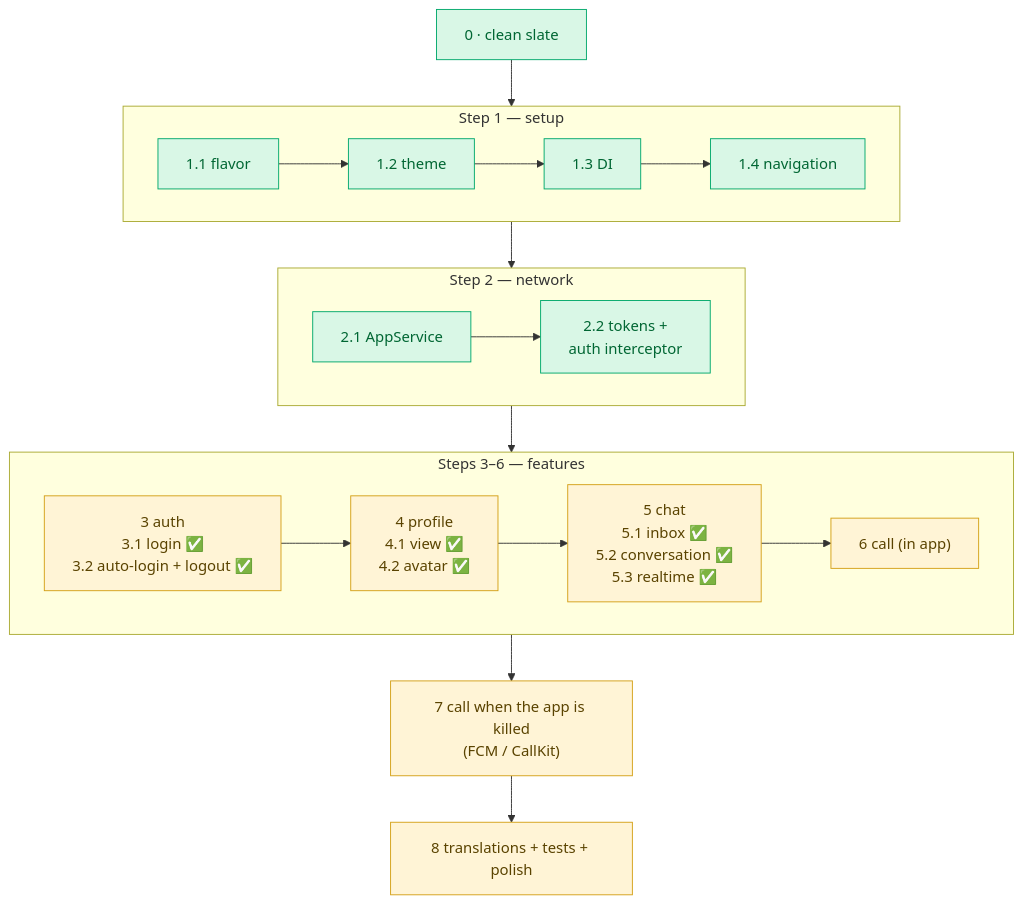
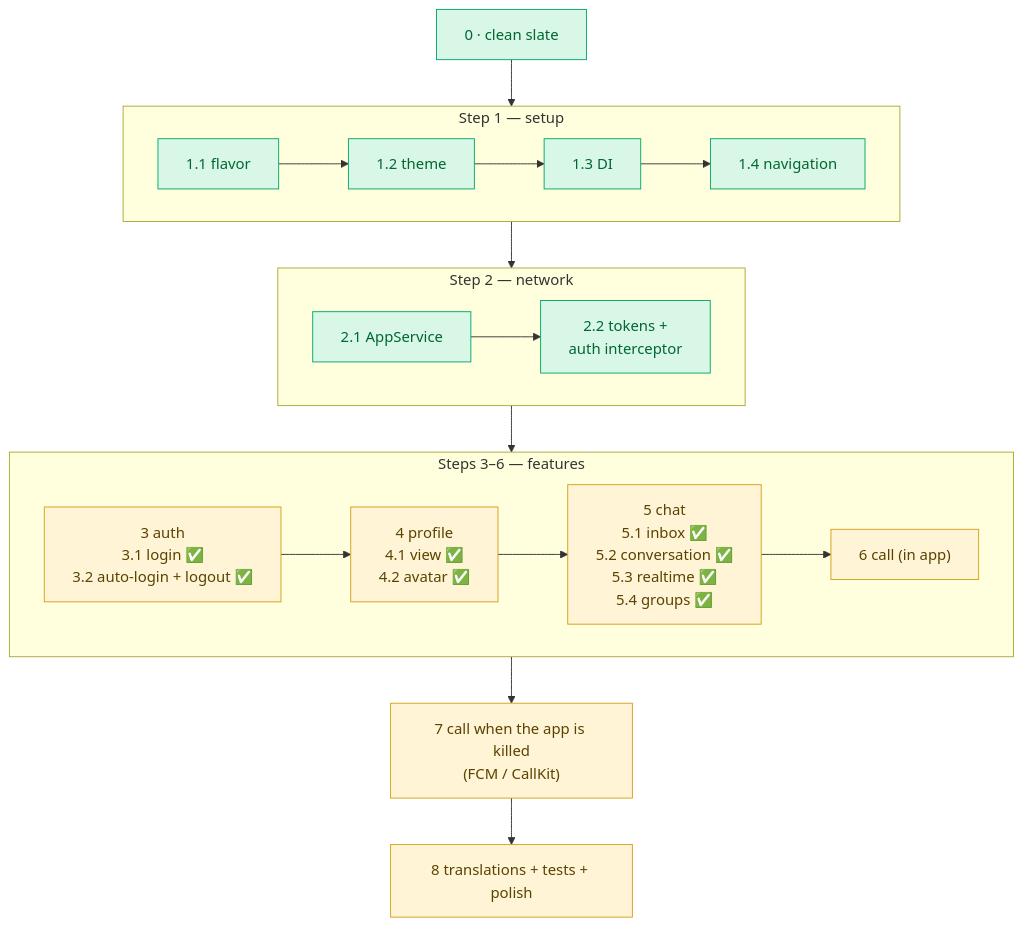
The third of 3 diagrams in docs/learning/REBUILD/README.md (krouchvanyda/erp_flutter_claude), drawn with Mermaid before and after one commit. The commit also changed other lines of this file and 33 other files, not shown here.

````diff
--- a/docs/learning/REBUILD/README.md
+++ b/docs/learning/REBUILD/README.md
@@ -73,26 +73,26 @@
 ```mermaid
 flowchart TD
     S0["0 · clean slate"] --> STEP1
     subgraph STEP1["Step 1 — setup"]
         direction LR
         S11["1.1 flavor"] --> S12["1.2 theme"] --> S13["1.3 DI"] --> S14["1.4 navigation"]
     end
     STEP1 --> STEP2
     subgraph STEP2["Step 2 — network"]
         direction LR
         S21["2.1 AppService"] --> S22["2.2 tokens +<br/>auth interceptor"]
     end
     STEP2 --> FEATS
     subgraph FEATS["Steps 3–6 — features"]
         direction LR
-        S3["3 auth<br/>3.1 login ✅<br/>3.2 auto-login + logout ✅"] --> S4["4 profile<br/>4.1 view ✅<br/>4.2 avatar ✅"] --> S5["5 chat<br/>5.1 inbox ✅<br/>5.2 conversation ✅<br/>5.3 realtime ✅"] --> S6["6 call (in app)"]
+        S3["3 auth<br/>3.1 login ✅<br/>3.2 auto-login + logout ✅"] --> S4["4 profile<br/>4.1 view ✅<br/>4.2 avatar ✅"] --> S5["5 chat<br/>5.1 inbox ✅<br/>5.2 conversation ✅<br/>5.3 realtime ✅<br/>5.4 groups ✅"] --> S6["6 call (in app)"]
     end
     FEATS --> S7["7 call when the app is killed<br/>(FCM / CallKit)"] --> S8["8 translations + tests + polish"]
     class S0,S11,S12,S13,S14,S21,S22 ok
     class S3,S4,S5,S6,S7,S8 wait
     classDef app fill:#dbe9ff,stroke:#3b6fd8,color:#123
     classDef ok fill:#d9f7e6,stroke:#00a86b,color:#063
     classDef wait fill:#fff4d6,stroke:#d4a017,color:#5a4300
     classDef none fill:#eeeeee,stroke:#999,color:#555
     classDef err fill:#fde2e2,stroke:#d64545,color:#611
 ```
````
